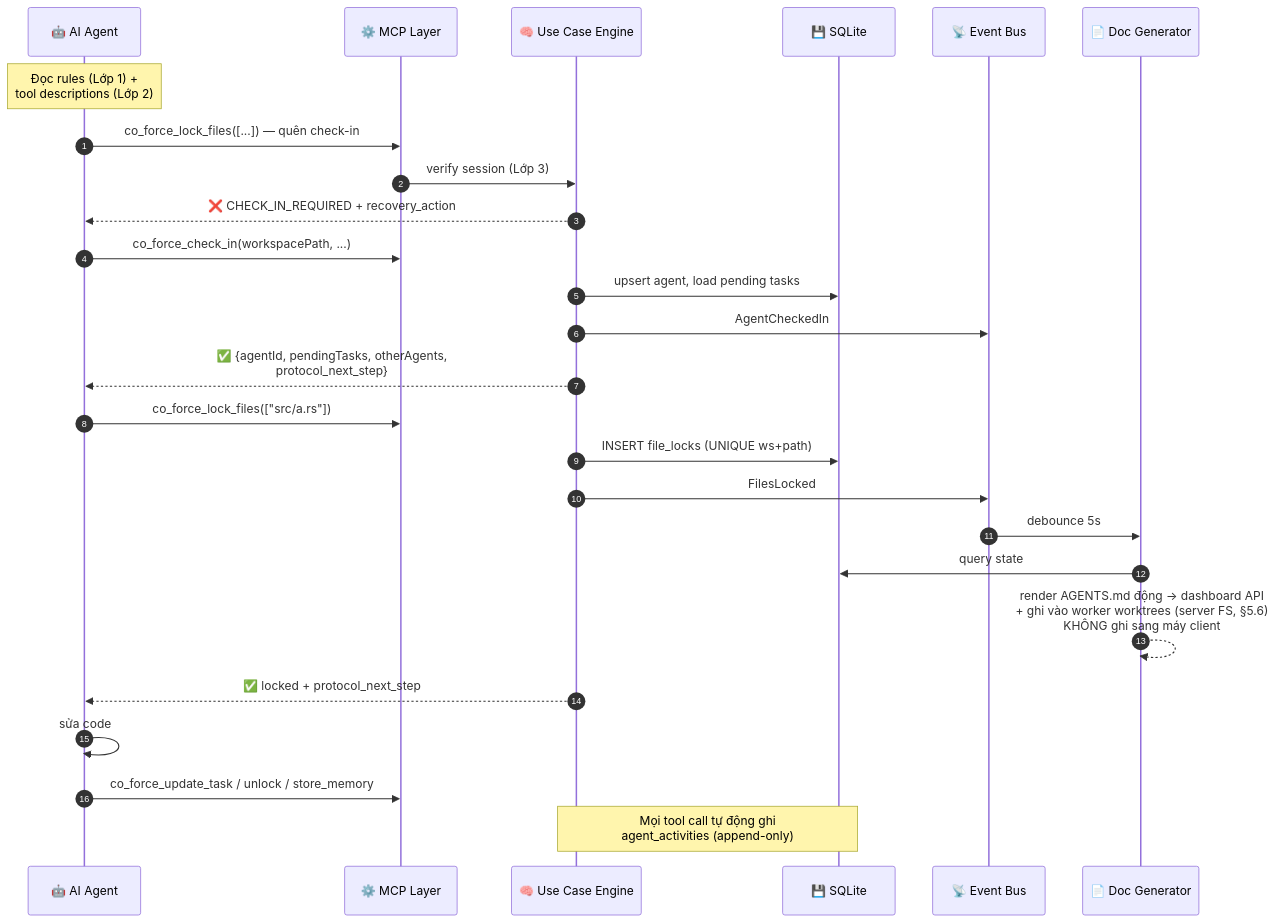
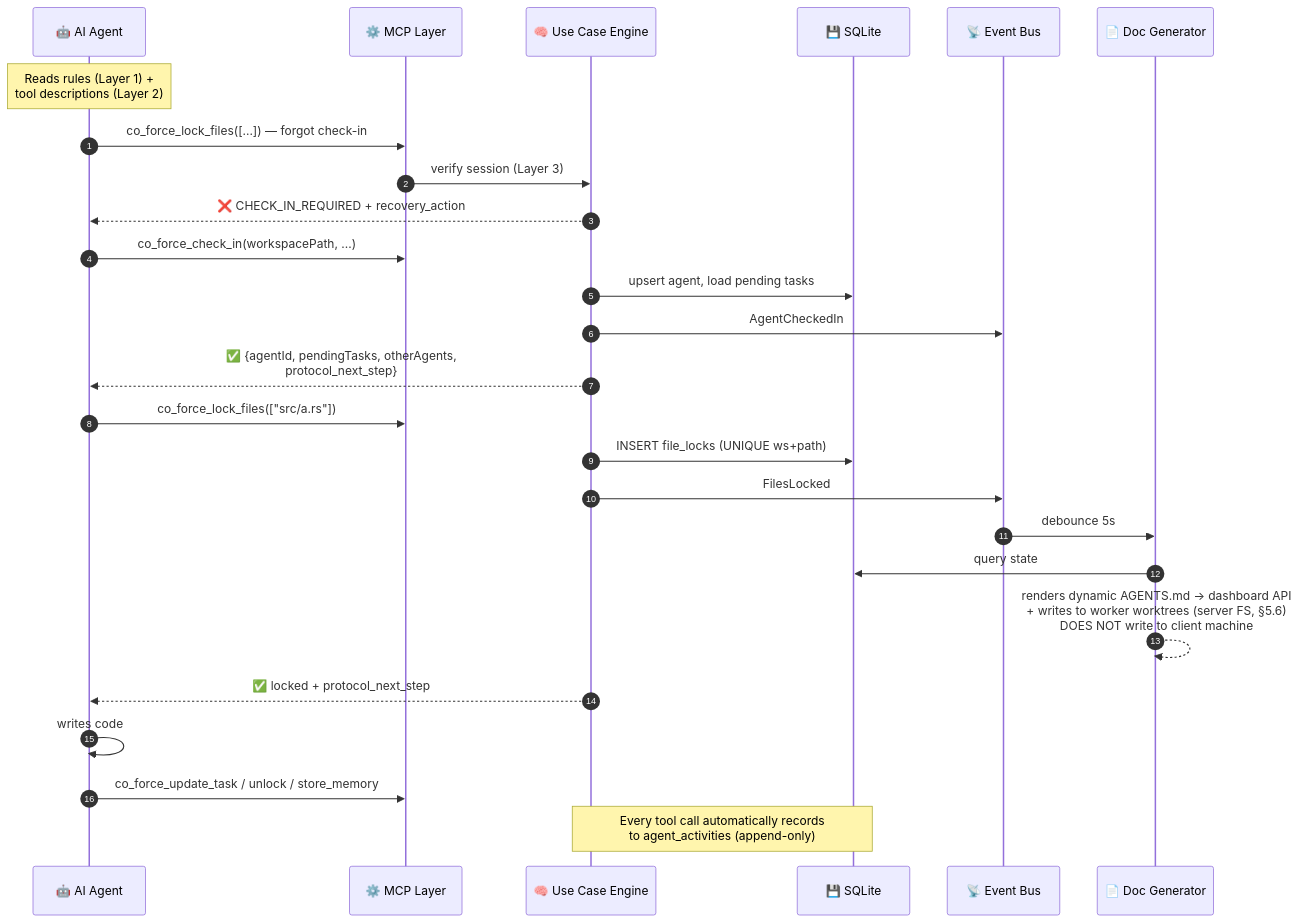
The third of 7 diagrams in docs/architecture.md (hiimtrung/co-force), drawn with Mermaid before and after one commit. The commit also changed other lines of this file and 17 other files, not shown here.

````diff
--- a/docs/architecture.md
+++ b/docs/architecture.md
@@ -134,32 +134,32 @@
 ```mermaid
 sequenceDiagram
     autonumber
     participant Agent as 🤖 AI Agent
     participant MCP as ⚙️ MCP Layer
     participant Eng as 🧠 Use Case Engine
     participant DB as 💾 SQLite
     participant Bus as 📡 Event Bus
     participant Gen as 📄 Doc Generator
 
-    Note over Agent: Đọc rules (Lớp 1) +<br/>tool descriptions (Lớp 2)
+    Note over Agent: Reads rules (Layer 1) +<br/>tool descriptions (Layer 2)
 
-    Agent->>MCP: co_force_lock_files([...]) — quên check-in
-    MCP->>Eng: verify session (Lớp 3)
+    Agent->>MCP: co_force_lock_files([...]) — forgot check-in
+    MCP->>Eng: verify session (Layer 3)
     Eng-->>Agent: ❌ CHECK_IN_REQUIRED + recovery_action
     Agent->>MCP: co_force_check_in(workspacePath, ...)
     Eng->>DB: upsert agent, load pending tasks
     Eng->>Bus: AgentCheckedIn
     Eng-->>Agent: ✅ {agentId, pendingTasks, otherAgents,<br/>protocol_next_step}
 
     Agent->>MCP: co_force_lock_files(["src/a.rs"])
     Eng->>DB: INSERT file_locks (UNIQUE ws+path)
     Eng->>Bus: FilesLocked
     Bus->>Gen: debounce 5s
     Gen->>DB: query state
-    Gen-->>Gen: render AGENTS.md động → dashboard API<br/>+ ghi vào worker worktrees (server FS, §5.6)<br/>KHÔNG ghi sang máy client
+    Gen-->>Gen: renders dynamic AGENTS.md → dashboard API<br/>+ writes to worker worktrees (server FS, §5.6)<br/>DOES NOT write to client machine
     Eng-->>Agent: ✅ locked + protocol_next_step
 
-    Agent->>Agent: sửa code
+    Agent->>Agent: writes code
     Agent->>MCP: co_force_update_task / unlock / store_memory
-    Note over Eng,DB: Mọi tool call tự động ghi<br/>agent_activities (append-only)
+    Note over Eng,DB: Every tool call automatically records<br/>to agent_activities (append-only)
 ```
````
